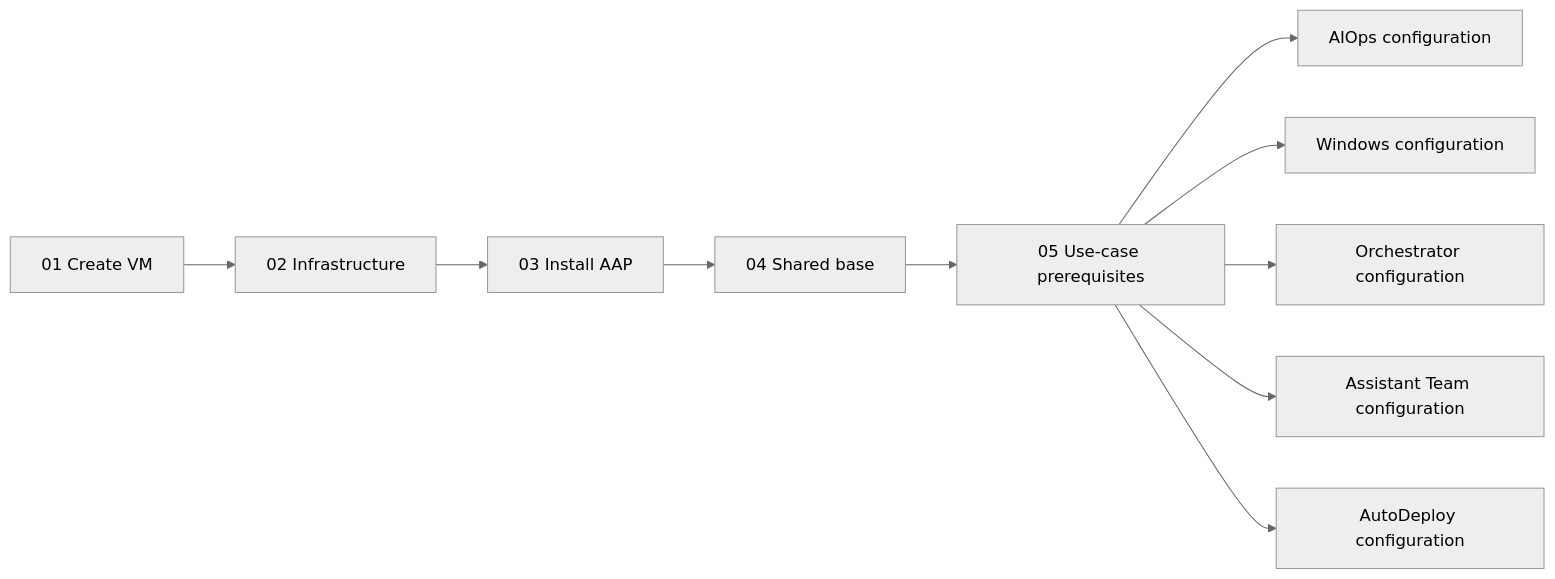
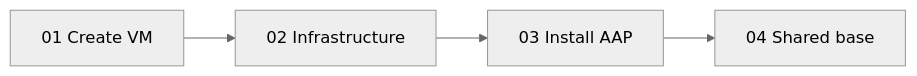
The diagram in README.md (kvegh/aap_autodeploy_configascode), drawn with Mermaid (neutral theme) before and after one commit. The commit also changed other lines of this file and 21 other files, not shown here.

Commit message:
Separate base deployment from explicit use-case configuration

````diff
--- a/README.md
+++ b/README.md
@@ -118,12 +121,6 @@
 ```mermaid
 flowchart LR
     VM[01 Create VM] --> Infra[02 Infrastructure]
     Infra --> Install[03 Install AAP]
     Install --> Base[04 Shared base]
-    Base --> Prepare[05 Use-case prerequisites]
-    Prepare --> AIOps[AIOps configuration]
-    Prepare --> Windows[Windows configuration]
-    Prepare --> Orchestrator[Orchestrator configuration]
-    Prepare --> Assistant[Assistant Team configuration]
-    Prepare --> AutoDeploy[AutoDeploy configuration]
 ```
````
